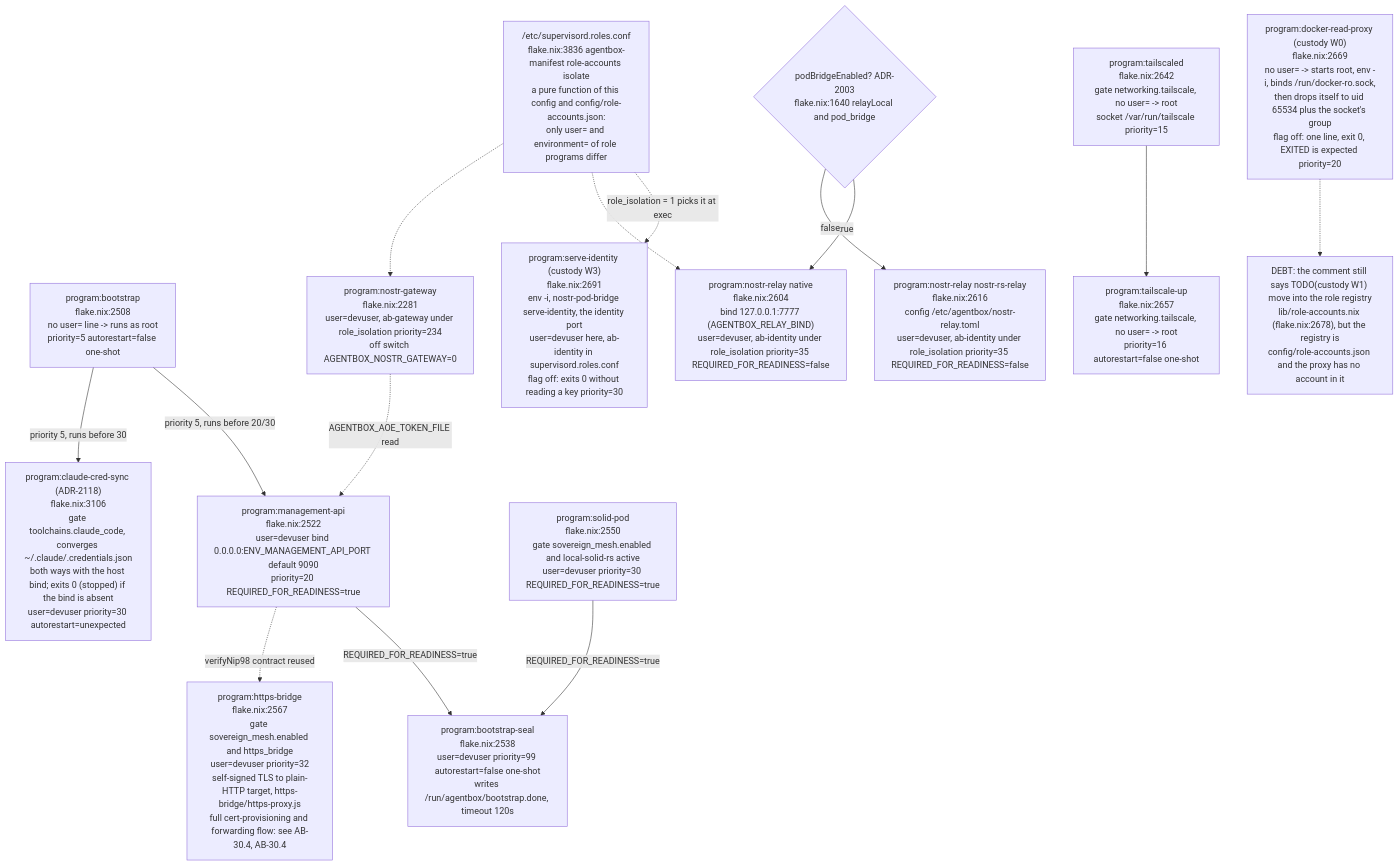
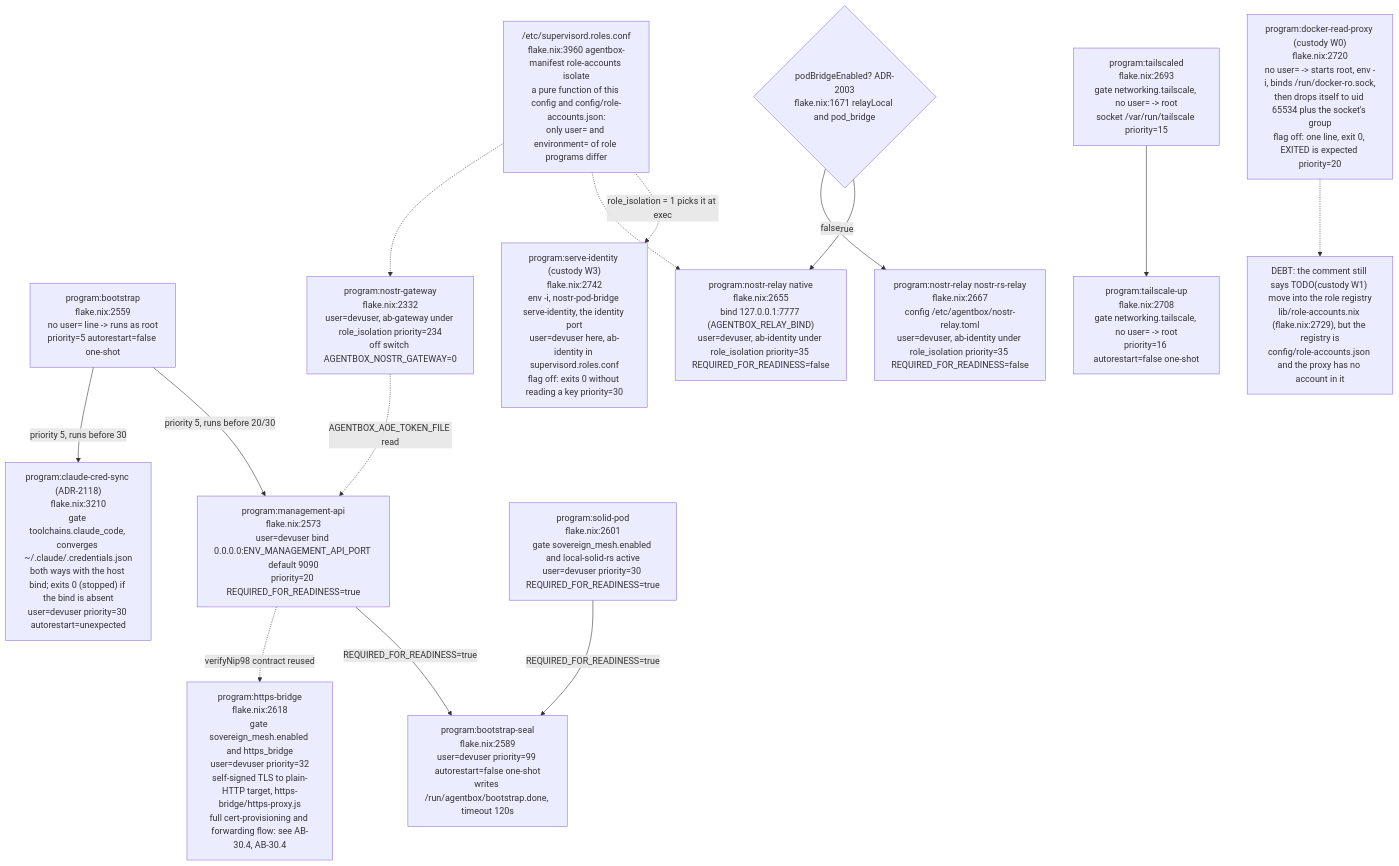
The fourth of 21 diagrams in docs/diagrams/agentbox/02-boot-sequence-and-readiness.md (DreamLab-AI/VisionFlow), drawn with Mermaid before and after one commit. The commit also changed other lines of this file and 80 other files, not shown here.

First line of the commit message:
docs(diagrams): re-verify the agentbox, dreamlab, estate and visionflow corpus against current sources

````diff
--- a/docs/diagrams/agentbox/02-boot-sequence-and-readiness.md
+++ b/docs/diagrams/agentbox/02-boot-sequence-and-readiness.md
@@ -234,32 +243,32 @@
 ```mermaid
 flowchart TB
-    BOOT["program:bootstrap<br/>flake.nix:2508<br/>no user= line -&gt; runs as root<br/>priority=5 autorestart=false one-shot"]
-    MGMT["program:management-api<br/>flake.nix:2522<br/>user=devuser bind 0.0.0.0:ENV_MANAGEMENT_API_PORT default 9090<br/>priority=20 REQUIRED_FOR_READINESS=true"]
-    CRED["program:claude-cred-sync (ADR-2118)<br/>flake.nix:3106<br/>gate toolchains.claude_code, converges ~/.claude/.credentials.json<br/>both ways with the host bind; exits 0 (stopped) if the bind is absent<br/>user=devuser priority=30 autorestart=unexpected"]
-    SEAL["program:bootstrap-seal<br/>flake.nix:2538<br/>user=devuser priority=99 autorestart=false one-shot<br/>writes /run/agentbox/bootstrap.done, timeout 120s"]
-    SOLID["program:solid-pod<br/>flake.nix:2550<br/>gate sovereign_mesh.enabled and local-solid-rs active<br/>user=devuser priority=30 REQUIRED_FOR_READINESS=true"]
-    HTTPSB["program:https-bridge<br/>flake.nix:2567<br/>gate sovereign_mesh.enabled and https_bridge<br/>user=devuser priority=32<br/>self-signed TLS to plain-HTTP target, https-bridge/https-proxy.js<br/>full cert-provisioning and forwarding flow: see AB-30.4, AB-30.4"]
-    GATERELAY{"podBridgeEnabled? ADR-2003<br/>flake.nix:1640 relayLocal and pod_bridge"}
-    NRELAY1["program:nostr-relay native<br/>flake.nix:2604<br/>bind 127.0.0.1:7777 (AGENTBOX_RELAY_BIND)<br/>user=devuser, ab-identity under role_isolation priority=35 REQUIRED_FOR_READINESS=false"]
-    NRELAY2["program:nostr-relay nostr-rs-relay<br/>flake.nix:2616<br/>config /etc/agentbox/nostr-relay.toml<br/>user=devuser, ab-identity under role_isolation priority=35 REQUIRED_FOR_READINESS=false"]
-    NGW["program:nostr-gateway<br/>flake.nix:2281<br/>user=devuser, ab-gateway under role_isolation priority=234<br/>off switch AGENTBOX_NOSTR_GATEWAY=0"]
-    DRP["program:docker-read-proxy (custody W0)<br/>flake.nix:2669<br/>no user= -&gt; starts root, env -i, binds /run/docker-ro.sock,<br/>then drops itself to uid 65534 plus the socket's group<br/>flag off: one line, exit 0, EXITED is expected priority=20"]
-    SID["program:serve-identity (custody W3)<br/>flake.nix:2691<br/>env -i, nostr-pod-bridge serve-identity, the identity port<br/>user=devuser here, ab-identity in supervisord.roles.conf<br/>flag off: exits 0 without reading a key priority=30"]
-    ISO["/etc/supervisord.roles.conf<br/>flake.nix:3836 agentbox-manifest role-accounts isolate<br/>a pure function of this config and config/role-accounts.json:<br/>only user= and environment= of role programs differ"]
-    TSD["program:tailscaled<br/>flake.nix:2642<br/>gate networking.tailscale, no user= -&gt; root<br/>socket /var/run/tailscale priority=15"]
-    TSU["program:tailscale-up<br/>flake.nix:2657<br/>gate networking.tailscale, no user= -&gt; root<br/>priority=16 autorestart=false one-shot"]
+    BOOT["program:bootstrap<br/>flake.nix:2559<br/>no user= line -&gt; runs as root<br/>priority=5 autorestart=false one-shot"]
+    MGMT["program:management-api<br/>flake.nix:2573<br/>user=devuser bind 0.0.0.0:ENV_MANAGEMENT_API_PORT default 9090<br/>priority=20 REQUIRED_FOR_READINESS=true"]
+    CRED["program:claude-cred-sync (ADR-2118)<br/>flake.nix:3210<br/>gate toolchains.claude_code, converges ~/.claude/.credentials.json<br/>both ways with the host bind; exits 0 (stopped) if the bind is absent<br/>user=devuser priority=30 autorestart=unexpected"]
+    SEAL["program:bootstrap-seal<br/>flake.nix:2589<br/>user=devuser priority=99 autorestart=false one-shot<br/>writes /run/agentbox/bootstrap.done, timeout 120s"]
+    SOLID["program:solid-pod<br/>flake.nix:2601<br/>gate sovereign_mesh.enabled and local-solid-rs active<br/>user=devuser priority=30 REQUIRED_FOR_READINESS=true"]
+    HTTPSB["program:https-bridge<br/>flake.nix:2618<br/>gate sovereign_mesh.enabled and https_bridge<br/>user=devuser priority=32<br/>self-signed TLS to plain-HTTP target, https-bridge/https-proxy.js<br/>full cert-provisioning and forwarding flow: see AB-30.4, AB-30.4"]
+    GATERELAY{"podBridgeEnabled? ADR-2003<br/>flake.nix:1671 relayLocal and pod_bridge"}
+    NRELAY1["program:nostr-relay native<br/>flake.nix:2655<br/>bind 127.0.0.1:7777 (AGENTBOX_RELAY_BIND)<br/>user=devuser, ab-identity under role_isolation priority=35 REQUIRED_FOR_READINESS=false"]
+    NRELAY2["program:nostr-relay nostr-rs-relay<br/>flake.nix:2667<br/>config /etc/agentbox/nostr-relay.toml<br/>user=devuser, ab-identity under role_isolation priority=35 REQUIRED_FOR_READINESS=false"]
+    NGW["program:nostr-gateway<br/>flake.nix:2332<br/>user=devuser, ab-gateway under role_isolation priority=234<br/>off switch AGENTBOX_NOSTR_GATEWAY=0"]
+    DRP["program:docker-read-proxy (custody W0)<br/>flake.nix:2720<br/>no user= -&gt; starts root, env -i, binds /run/docker-ro.sock,<br/>then drops itself to uid 65534 plus the socket's group<br/>flag off: one line, exit 0, EXITED is expected priority=20"]
+    SID["program:serve-identity (custody W3)<br/>flake.nix:2742<br/>env -i, nostr-pod-bridge serve-identity, the identity port<br/>user=devuser here, ab-identity in supervisord.roles.conf<br/>flag off: exits 0 without reading a key priority=30"]
+    ISO["/etc/supervisord.roles.conf<br/>flake.nix:3960 agentbox-manifest role-accounts isolate<br/>a pure function of this config and config/role-accounts.json:<br/>only user= and environment= of role programs differ"]
+    TSD["program:tailscaled<br/>flake.nix:2693<br/>gate networking.tailscale, no user= -&gt; root<br/>socket /var/run/tailscale priority=15"]
+    TSU["program:tailscale-up<br/>flake.nix:2708<br/>gate networking.tailscale, no user= -&gt; root<br/>priority=16 autorestart=false one-shot"]
 
     BOOT -->|"priority 5, runs before 20/30"| MGMT
     BOOT -->|"priority 5, runs before 30"| CRED
     MGMT -->|"REQUIRED_FOR_READINESS=true"| SEAL
     SOLID -->|"REQUIRED_FOR_READINESS=true"| SEAL
     GATERELAY -->|true| NRELAY1
     GATERELAY -->|false| NRELAY2
     MGMT -.->|"verifyNip98 contract reused"| HTTPSB
     TSD --> TSU
     NGW -.->|"AGENTBOX_AOE_TOKEN_FILE read"| MGMT
     ISO -.->|"role_isolation = 1 picks it at exec"| SID
     ISO -.-> NRELAY1
     ISO -.-> NGW
-    DRP -.-> N1["DEBT: the comment still says TODO(custody W1) move into the role registry<br/>lib/role-accounts.nix (flake.nix:2678), but the registry is<br/>config/role-accounts.json and the proxy has no account in it"]
+    DRP -.-> N1["DEBT: the comment still says TODO(custody W1) move into the role registry<br/>lib/role-accounts.nix (flake.nix:2729), but the registry is<br/>config/role-accounts.json and the proxy has no account in it"]
 ```
````
